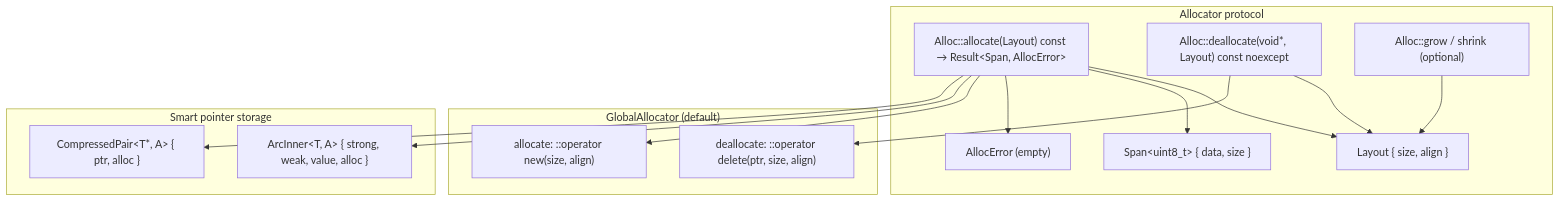
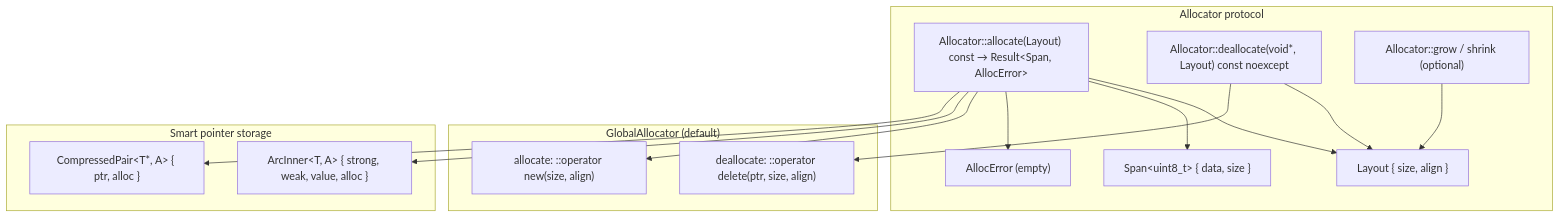
The diagram in docs/libxpp/allocator.md (mivinci/x), drawn with Mermaid before and after one commit. The commit also changed other lines of this file and 27 other files, not shown here.

First line of the commit message:
xpp: rename template parameter Alloc → Allocator

````diff
--- a/docs/libxpp/allocator.md
+++ b/docs/libxpp/allocator.md
@@ -23,31 +23,31 @@
 ```mermaid
 graph TD
     subgraph "Allocator protocol"
         L["Layout { size, align }"]
         S["Span&lt;uint8_t&gt; { data, size }"]
         E["AllocError (empty)"]
-        A["Alloc::allocate(Layout) const → Result&lt;Span, AllocError&gt;"]
-        D["Alloc::deallocate(void*, Layout) const noexcept"]
-        G["Alloc::grow / shrink (optional)"]
+        A["Allocator::allocate(Layout) const → Result&lt;Span, AllocError&gt;"]
+        D["Allocator::deallocate(void*, Layout) const noexcept"]
+        G["Allocator::grow / shrink (optional)"]
         A --> L
         A --> S
         A --> E
         D --> L
         G --> L
     end
 
     subgraph "GlobalAllocator (default)"
         GA["allocate: ::operator new(size, align)"]
         GD["deallocate: ::operator delete(ptr, size, align)"]
     end
 
     subgraph "Smart pointer storage"
         ARC["ArcInner&lt;T, A&gt; { strong, weak, value, alloc }"]
         OWN["CompressedPair&lt;T*, A&gt; { ptr, alloc }"]
     end
 
     A --> GA
     D --> GD
     A --> ARC
     A --> OWN
 ```
````
